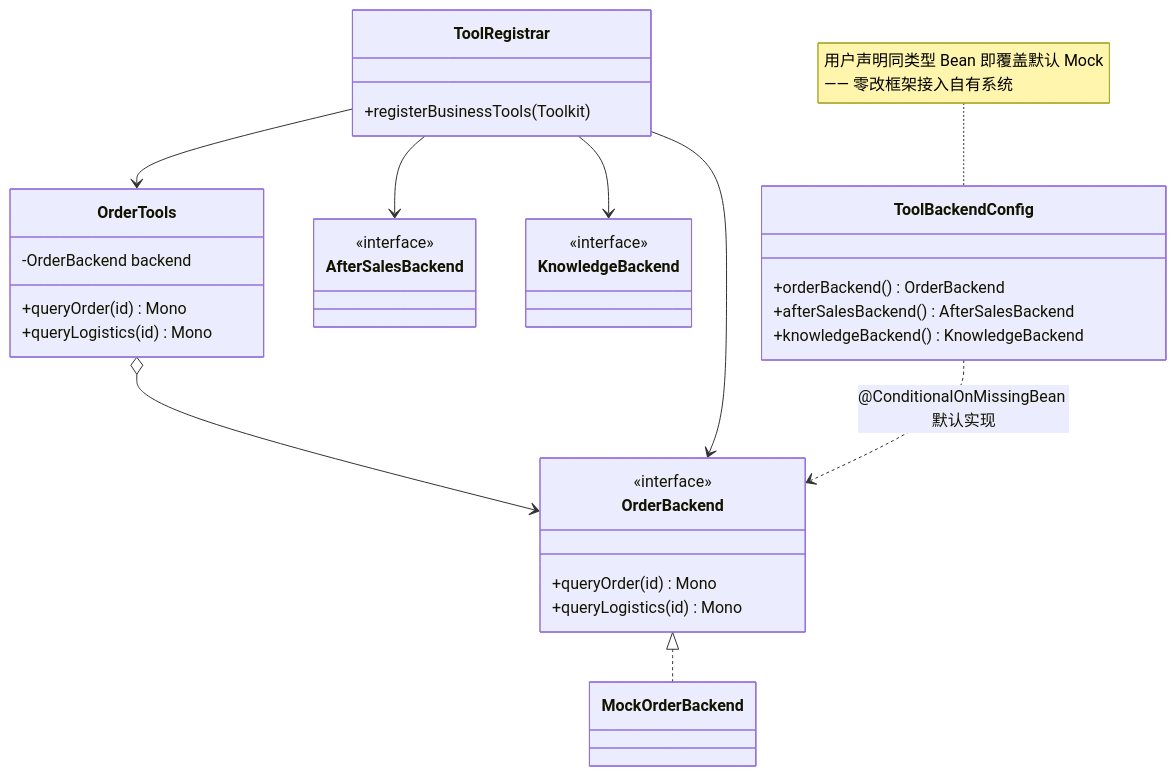
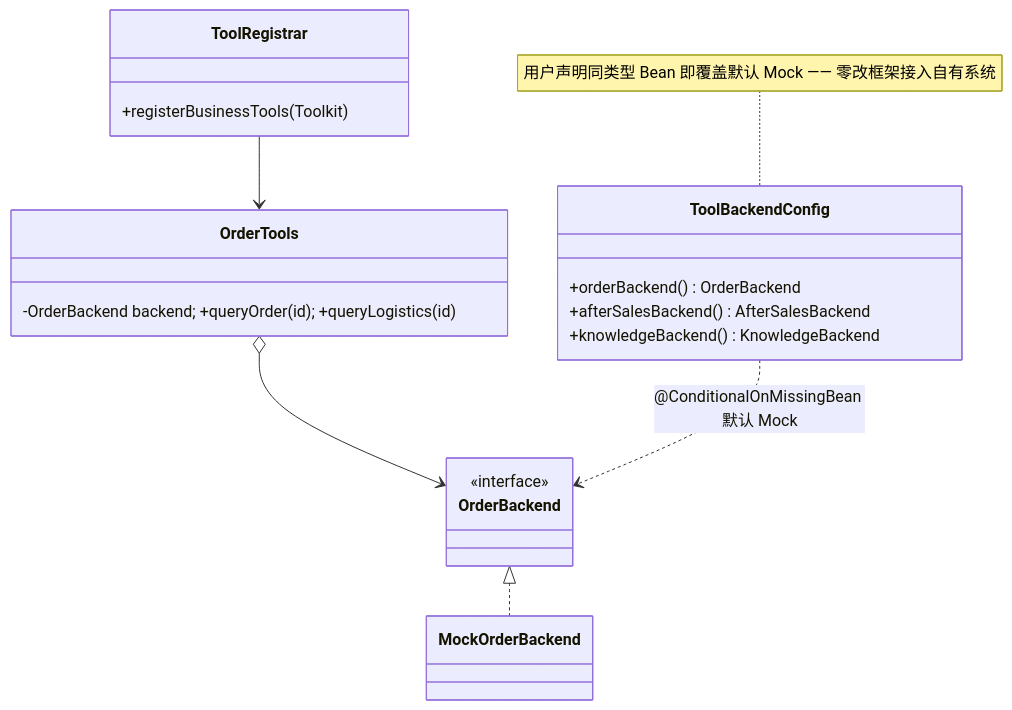
Before and after one commit to liulangjietou/customer_work: the sixth of 26 diagrams in docs/详细技术文档.md, drawn with Mermaid. The commit also changed other lines of this file, not shown here.

````diff
--- a/docs/详细技术文档.md
+++ b/docs/详细技术文档.md
@@ -278,36 +278,17 @@
 ```mermaid
 classDiagram
-    class ToolRegistrar {
-        +registerBusinessTools(Toolkit)
-    }
-    class OrderTools {
-        -OrderBackend backend
-        +queryOrder(id) Mono
-        +queryLogistics(id) Mono
-    }
-    class OrderBackend {
-        <<interface>>
-        +queryOrder(id) Mono
-        +queryLogistics(id) Mono
-    }
+    class ToolRegistrar { +registerBusinessTools(Toolkit) }
+    class OrderTools { -OrderBackend backend; +queryOrder(id); +queryLogistics(id) }
+    class OrderBackend { <<interface>> }
     class MockOrderBackend
-    class AfterSalesBackend {
-        <<interface>>
-    }
-    class KnowledgeBackend {
-        <<interface>>
-    }
     class ToolBackendConfig {
         +orderBackend() OrderBackend
         +afterSalesBackend() AfterSalesBackend
         +knowledgeBackend() KnowledgeBackend
     }
     OrderBackend <|.. MockOrderBackend
     OrderTools o--> OrderBackend
     ToolRegistrar --> OrderTools
-    ToolRegistrar --> OrderBackend
-    ToolRegistrar --> AfterSalesBackend
-    ToolRegistrar --> KnowledgeBackend
-    ToolBackendConfig ..> OrderBackend : @ConditionalOnMissingBean 默认实现
-    note for ToolBackendConfig "用户声明同类型 Bean 即覆盖默认 Mock<br/>—— 零改框架接入自有系统"
+    ToolBackendConfig ..> OrderBackend : @ConditionalOnMissingBean 默认 Mock
+    note for ToolBackendConfig "用户声明同类型 Bean 即覆盖默认 Mock —— 零改框架接入自有系统"
 ```
````
